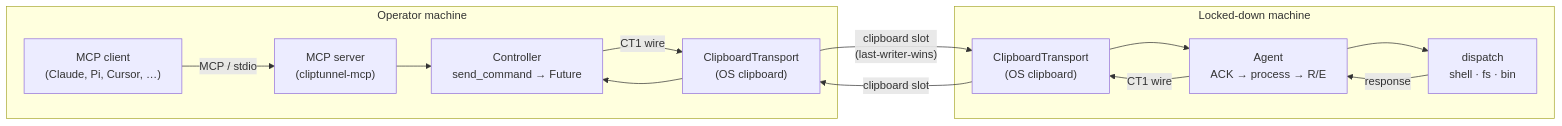
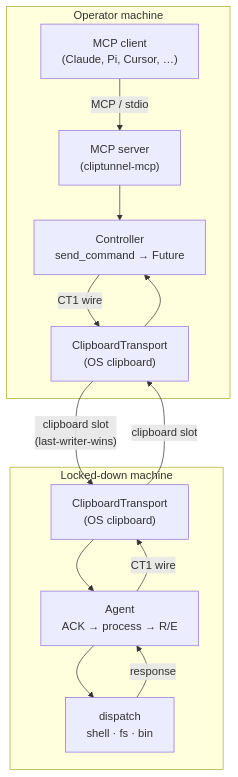
Before and after one commit to jordi-murgo/cliptunnel-mcp: the diagram in README.md, drawn with Mermaid.

Commit message:
docs: stack architecture diagram vertically (TD) for narrower render

````diff
--- a/README.md
+++ b/README.md
@@ -19,26 +19,26 @@
 ```mermaid
-graph LR
+graph TD
   subgraph Operator["Operator machine"]
     Client["MCP client<br/>(Claude, Pi, Cursor, …)"]
     Server["MCP server<br/>(cliptunnel-mcp)"]
     Controller["Controller<br/>send_command → Future"]
     CT1["ClipboardTransport<br/>(OS clipboard)"]
   end
 
   subgraph Remote["Locked-down machine"]
     CT2["ClipboardTransport<br/>(OS clipboard)"]
     Agent["Agent<br/>ACK → process → R/E"]
     Dispatch["dispatch<br/>shell · fs · bin"]
   end
 
   Client -- "MCP / stdio" --> Server
   Server --> Controller
   Controller -- "CT1 wire" --> CT1
   CT1 -- "clipboard slot<br/>(last-writer-wins)" --> CT2
   CT2 --> Agent
   Agent --> Dispatch
   Dispatch -- "response" --> Agent
   Agent -- "CT1 wire" --> CT2
   CT2 -- "clipboard slot" --> CT1
   CT1 --> Controller
 ```
````
